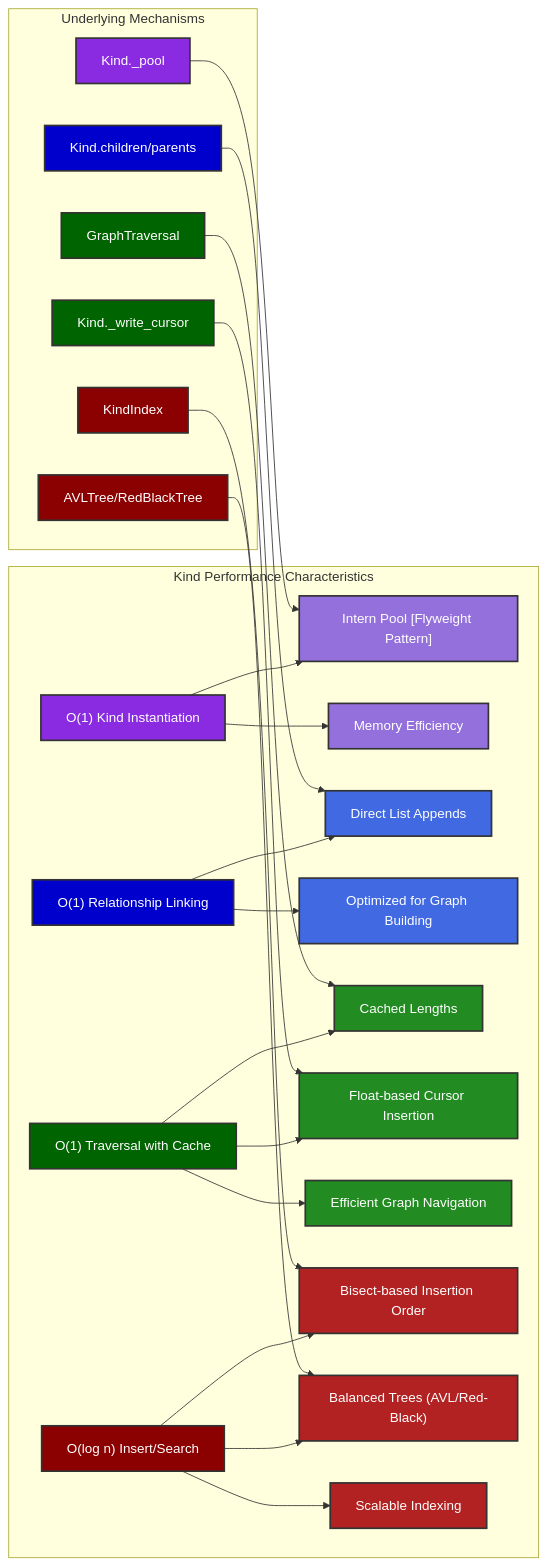
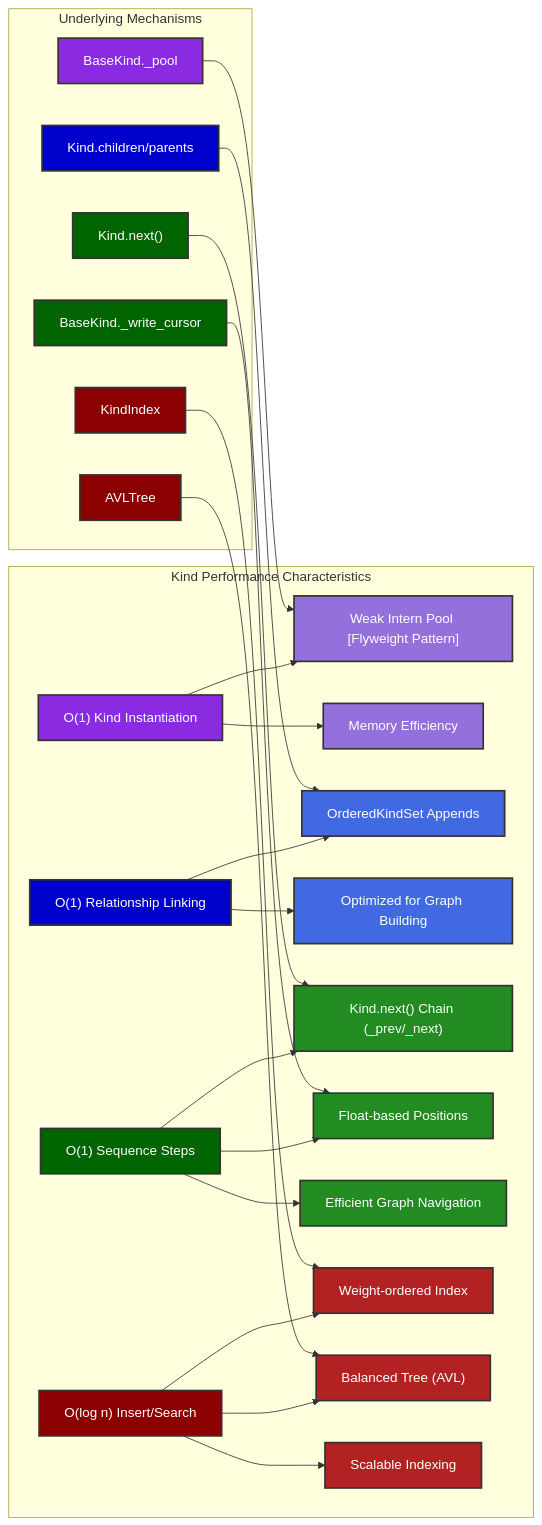
Before and after one commit to ikko/kind: the diagram in docs/topics/9_performance/performance_overview.mmd, drawn with Mermaid. The commit also changed 62 other files, not shown here.

```diff
--- a/docs/topics/9_performance/performance_overview.mmd
+++ b/docs/topics/9_performance/performance_overview.mmd
@@ -1,55 +1,55 @@
 graph LR
     subgraph "Kind Performance Characteristics"
-        A["O(1) Kind Instantiation"] --> B["Intern Pool [Flyweight Pattern]"];
+        A["O(1) Kind Instantiation"] --> B["Weak Intern Pool [Flyweight Pattern]"];
         A --> C["Memory Efficiency"];
 
-        D["O(1) Relationship Linking"] --> E["Direct List Appends"];
+        D["O(1) Relationship Linking"] --> E["OrderedKindSet Appends"];
         D --> F["Optimized for Graph Building"];
 
-        G["O(1) Traversal with Cache"] --> H["Cached Lengths"];
-        G --> I["Float-based Cursor Insertion"];
+        G["O(1) Sequence Steps"] --> H["Kind.next() Chain (_prev/_next)"];
+        G --> I["Float-based Positions"];
         G --> J["Efficient Graph Navigation"];
 
-        K["O(log n) Insert/Search"] --> L["Bisect-based Insertion Order"];
-        K --> M["Balanced Trees (AVL/Red-Black)"];
+        K["O(log n) Insert/Search"] --> L["Weight-ordered Index"];
+        K --> M["Balanced Tree (AVL)"];
         K --> N["Scalable Indexing"];
     end
 
     subgraph "Underlying Mechanisms"
-        O["Kind._pool"] --> B;
+        O["BaseKind._pool"] --> B;
         P["Kind.children/parents"] --> E;
-        Q["GraphTraversal"] --> H;
-        R["Kind._write_cursor"] --> I;
+        Q["Kind.next()"] --> H;
+        R["BaseKind._write_cursor"] --> I;
         S["KindIndex"] --> L;
-        T["AVLTree/RedBlackTree"] --> M;
+        T["AVLTree"] --> M;
     end
 
     %% O(1) Kind Instantiation - Purple
     style A fill:#8A2BE2,stroke:#333,stroke-width:2px,color:#FFFFFF;
     style B fill:#9370DB,stroke:#333,stroke-width:2px,color:#FFFFFF;
     style C fill:#9370DB,stroke:#333,stroke-width:2px,color:#FFFFFF;
 
     %% O(1) Relationship Linking - Blue
     style D fill:#0000CD,stroke:#333,stroke-width:2px,color:#FFFFFF;
     style E fill:#4169E1,stroke:#333,stroke-width:2px,color:#FFFFFF;
     style F fill:#4169E1,stroke:#333,stroke-width:2px,color:#FFFFFF;
 
     %% O(1) Traversal with Cache - Green
     style G fill:#006400,stroke:#333,stroke-width:2px,color:#FFFFFF;
     style H fill:#228B22,stroke:#333,stroke-width:2px,color:#FFFFFF;
     style I fill:#228B22,stroke:#333,stroke-width:2px,color:#FFFFFF;
     style J fill:#228B22,stroke:#333,stroke-width:2px,color:#FFFFFF;
 
     %% O(log n) Insert/Search - Red
     style K fill:#8B0000,stroke:#333,stroke-width:2px,color:#FFFFFF;
     style L fill:#B22222,stroke:#333,stroke-width:2px,color:#FFFFFF;
     style M fill:#B22222,stroke:#333,stroke-width:2px,color:#FFFFFF;
     style N fill:#B22222,stroke:#333,stroke-width:2px,color:#FFFFFF;
 
     %% Underlying Mechanisms - Match colors with their corresponding features
     style O fill:#8A2BE2,stroke:#333,stroke-width:2px,color:#FFFFFF;
     style P fill:#0000CD,stroke:#333,stroke-width:2px,color:#FFFFFF;
     style Q fill:#006400,stroke:#333,stroke-width:2px,color:#FFFFFF;
     style R fill:#006400,stroke:#333,stroke-width:2px,color:#FFFFFF;
     style S fill:#8B0000,stroke:#333,stroke-width:2px,color:#FFFFFF;
     style T fill:#8B0000,stroke:#333,stroke-width:2px,color:#FFFFFF;
```
